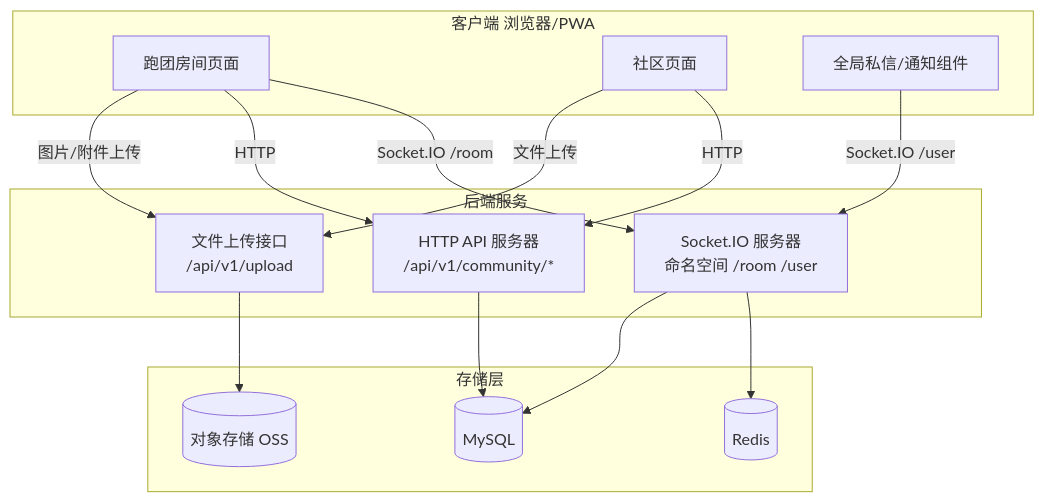
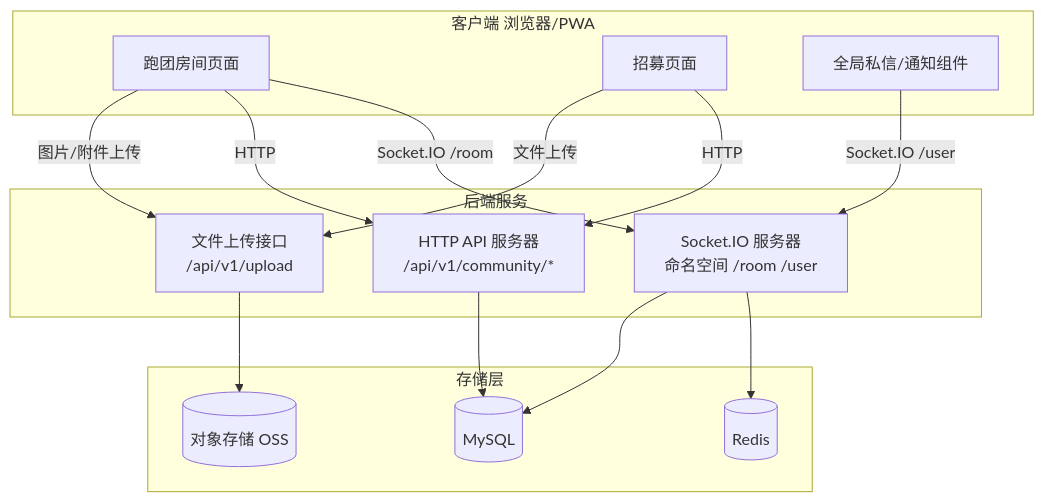
Before and after one commit to z-yuxi/trpg_new: the diagram in docs/design/附录 A03：技术约定.md, drawn with Mermaid. The commit also changed other lines of this file and 27 other files, not shown here.

````diff
--- a/docs/design/附录 A03：技术约定.md
+++ b/docs/design/附录 A03：技术约定.md
@@ -208,28 +211,28 @@
 ```mermaid
 graph TB
     subgraph Client[客户端 浏览器/PWA]
         A[跑团房间页面]
-        B[社区页面]
+        B[招募页面]
         C[全局私信/通知组件]
     end
     subgraph Backend[后端服务]
         WS_SIO[Socket.IO 服务器<br/>命名空间 /room /user]
         HTTP_API[HTTP API 服务器<br/>/api/v1/community/*]
         Upload[文件上传接口<br/>/api/v1/upload]
     end
     subgraph Storage[存储层]
         DB[(MySQL)]
         OSS[(对象存储 OSS)]
         Redis[(Redis)]
     end
     A -- "Socket.IO /room" --> WS_SIO
     C -- "Socket.IO /user" --> WS_SIO
     B -- "HTTP" --> HTTP_API
     A -- "HTTP" --> HTTP_API
     B -- "文件上传" --> Upload
     A -- "图片/附件上传" --> Upload
     WS_SIO --> Redis
     WS_SIO --> DB
     HTTP_API --> DB
     Upload --> OSS
 ```
````
